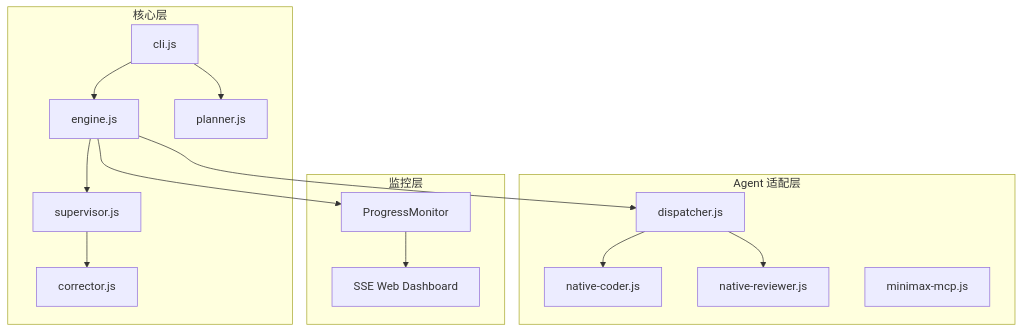
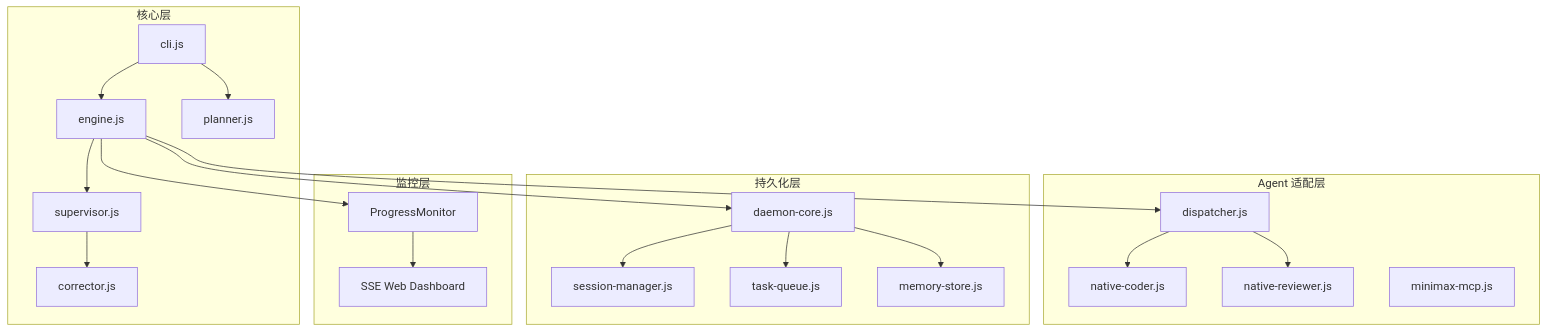
One commit to FerbalYu/appmaker changed the diagram in README.md. Above: the diagram before and after it, drawn with Mermaid. The commit also changed other lines of this file and 16 other files, not shown here.

````diff
--- a/README.md
+++ b/README.md
@@ -146,32 +147,43 @@
 ```mermaid
 flowchart TB
     subgraph Core["核心层"]
         CLI[cli.js]
         Engine[engine.js]
         Planner[planner.js]
         Supervisor[supervisor.js]
         Corrector[corrector.js]
     end
 
     subgraph Agents["Agent 适配层"]
         Dispatcher[dispatcher.js]
         NativeCoder[native-coder.js]
         NativeReviewer[native-reviewer.js]
         MiniMaxMCP[minimax-mcp.js]
     end
 
+    subgraph Daemon["持久化层"]
+        DaemonCore[daemon-core.js]
+        SessionManager[session-manager.js]
+        TaskQueue[task-queue.js]
+        MemoryStore[memory-store.js]
+    end
+
     subgraph Monitor["监控层"]
         ProgressMonitor[ProgressMonitor]
         SSE[SSE Web Dashboard]
     end
 
     CLI --> Planner
     CLI --> Engine
     Engine --> Dispatcher
     Dispatcher --> NativeCoder
     Dispatcher --> NativeReviewer
     Engine --> Supervisor
     Supervisor --> Corrector
+    Engine --> DaemonCore
+    DaemonCore --> SessionManager
+    DaemonCore --> TaskQueue
+    DaemonCore --> MemoryStore
     Engine --> ProgressMonitor
     ProgressMonitor --> SSE
 ```
````
